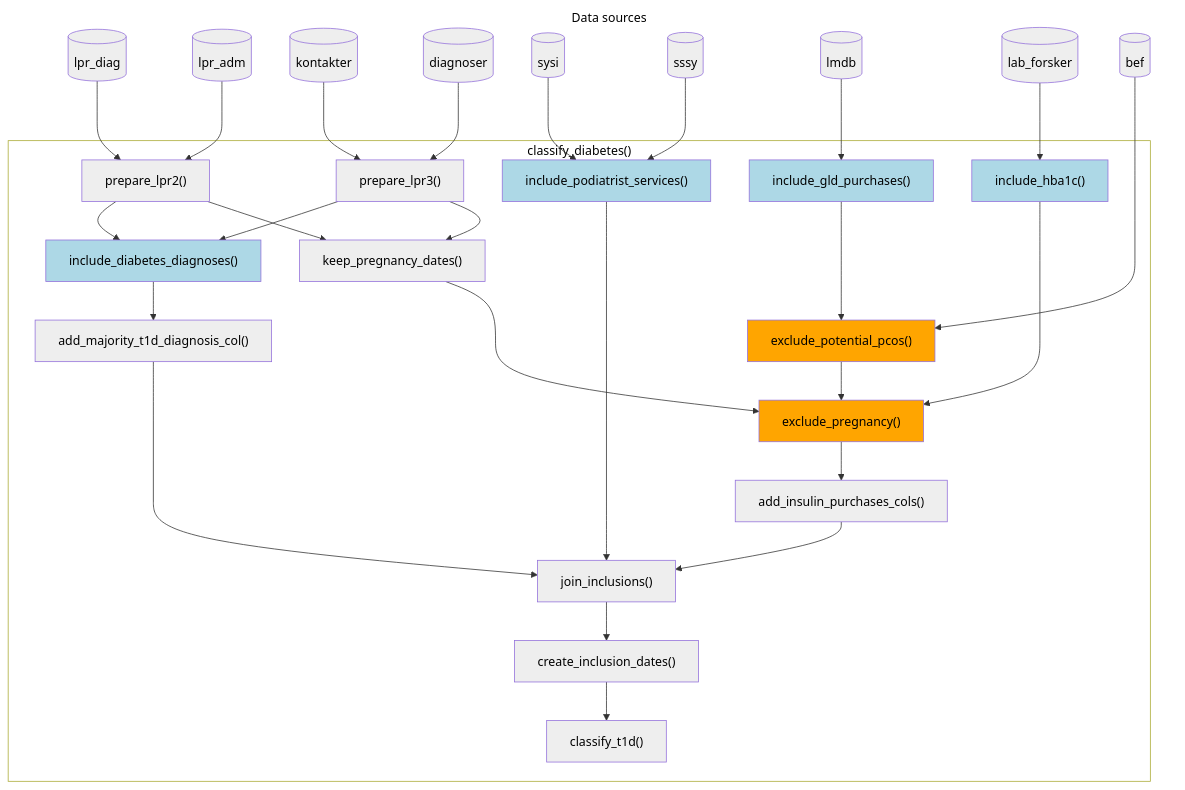
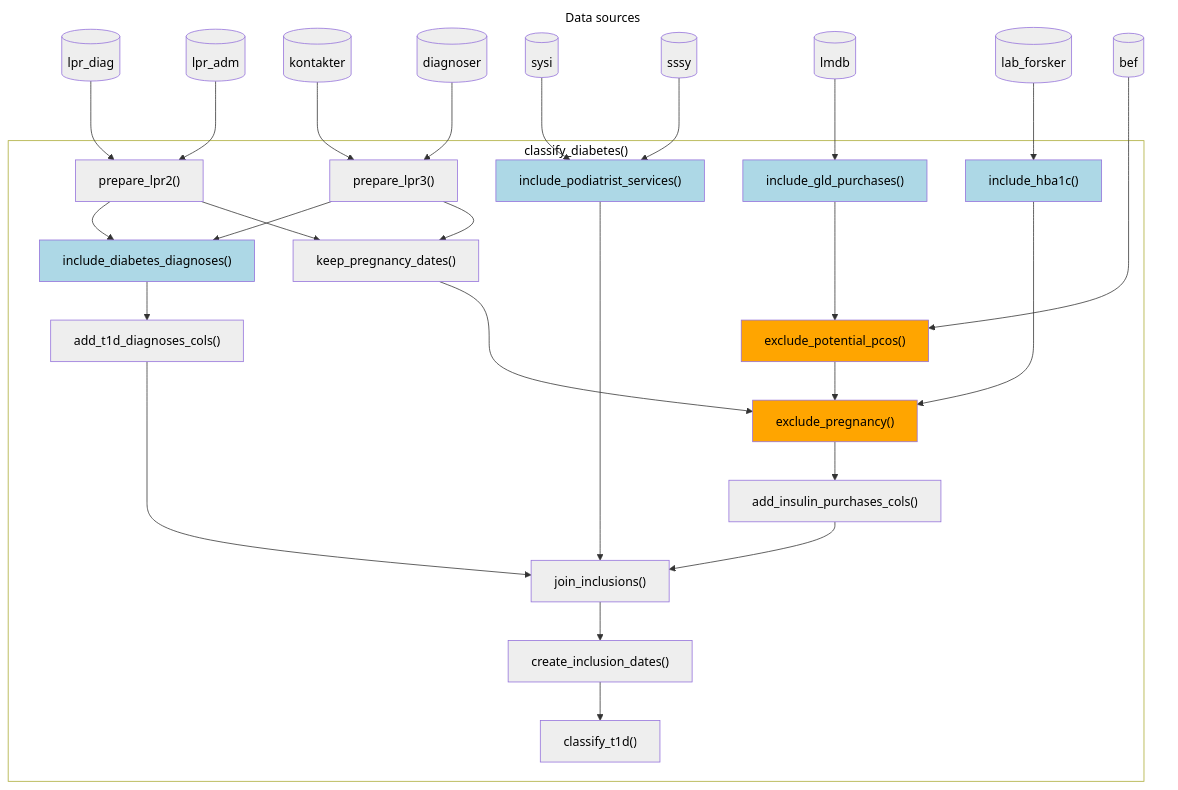
Before and after one commit to steno-aarhus/osdc: the diagram in vignettes/function-flow.qmd, drawn with Mermaid. The commit also changed 9 other files, not shown here.

First line of the commit message:
feat: ✨ `add_t1d_diagnoses_cols()` (#288)

````diff
--- a/vignettes/function-flow.qmd
+++ b/vignettes/function-flow.qmd
@@ -23,68 +23,68 @@
 ```{mermaid}
 %%| eval: true
 %%| fig-cap: "Flow of functions in, as well as their required input registers, in the `classify_diabetes()` function used for classifying diabetes status using the osdc package. Light blue and orange boxes represent filtering functions (inclusion and exclusion events, respectively)."
 
 flowchart TD
   subgraph data_sources["Data sources"]
     lpr_diag[("lpr_diag")]
     lpr_adm[("lpr_adm")]
     kontakter[("kontakter")]
     diagnoser[("diagnoser")]
     sysi[("sysi")]
     sssy[("sssy")]
     lmdb[("lmdb")]
     lab_forsker[("lab_forsker")]
     bef[("bef")]
   end
 
   subgraph classify_diabetes["classify_diabetes()"]
 
     lpr_diag --> prepare_lpr2["prepare_lpr2()"]
     lpr_adm --> prepare_lpr2
 
     kontakter --> prepare_lpr3["prepare_lpr3()"]
     diagnoser --> prepare_lpr3
 
     prepare_lpr2 --> keep_pregnancy_dates["keep_pregnancy_dates()"]
     prepare_lpr3 --> keep_pregnancy_dates
 
     %% Inclusion steps
     sysi --> include_podiatrist_services["include_podiatrist_services()"]:::include
     sssy --> include_podiatrist_services
 
     prepare_lpr2 --> include_diabetes_diagnoses["include_diabetes_diagnoses()"]:::include
     prepare_lpr3 --> include_diabetes_diagnoses
-    include_diabetes_diagnoses --> add_majority_t1d_diagnosis_col["add_majority_t1d_diagnosis_col()"]
+    include_diabetes_diagnoses --> add_t1d_diagnoses_cols["add_t1d_diagnoses_cols()"]
 
     lmdb --> include_gld_purchases["include_gld_purchases()"]:::include
 
     lab_forsker --> include_hba1c["include_hba1c()"]:::include
 
     %% Exclusion steps
     include_gld_purchases --> exclude_potential_pcos["exclude_potential_pcos()"]:::exclude
     bef --> exclude_potential_pcos
 
     exclude_potential_pcos --> exclude_pregnancy["exclude_pregnancy()"]:::exclude
     keep_pregnancy_dates --> exclude_pregnancy
     include_hba1c --> exclude_pregnancy
     exclude_pregnancy --> add_insulin_purchases_cols["add_insulin_purchases_cols()"]
 
     %% Joining
-    add_majority_t1d_diagnosis_col --> join_inclusions["join_inclusions()"]
+    add_t1d_diagnoses_cols --> join_inclusions["join_inclusions()"]
     include_podiatrist_services --> join_inclusions
     add_insulin_purchases_cols --> join_inclusions
 
     join_inclusions --> create_inclusion_dates["create_inclusion_dates()"]
     create_inclusion_dates --> classify_t1d["classify_t1d()"]
 
     keep_pregnancy_dates ~~~ exclude_potential_pcos
 
   end
 
   %% Styling
   classDef default fill:#EEEEEE,color:#000000
   classDef include fill:lightblue
   classDef exclude fill:orange
   style classify_diabetes fill:#FFFFFF,color:#000000
   style data_sources fill:#FFFFFF,color:#000000,stroke-width:0px
 ```
````
